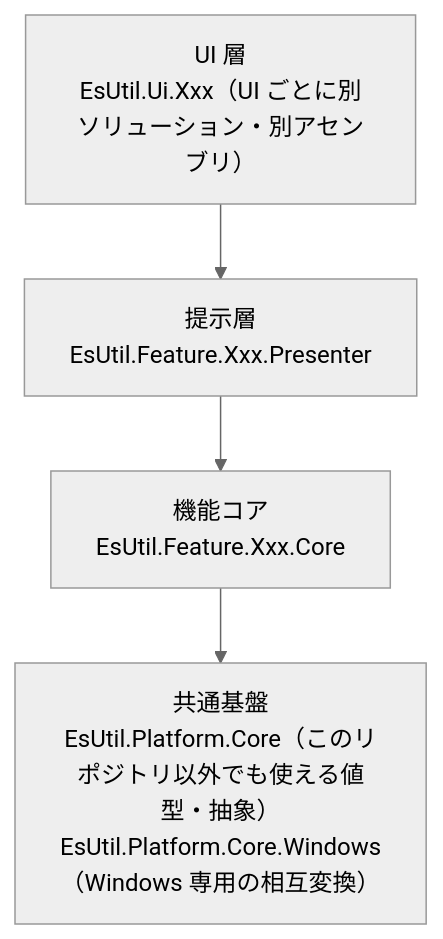
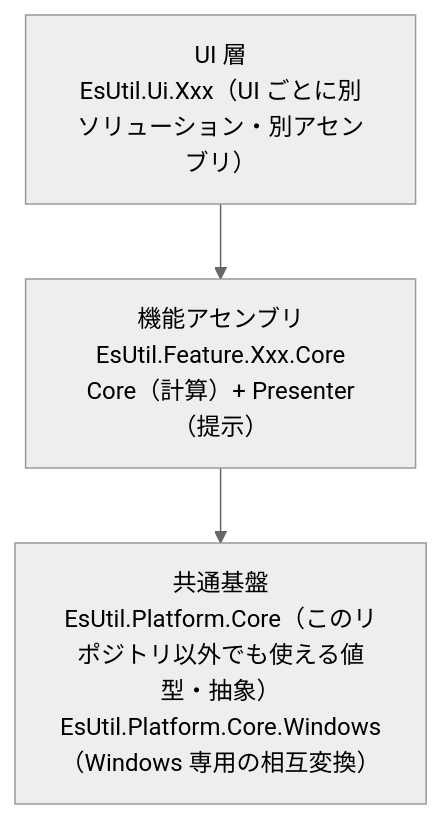
Before and after one commit to tomokuni/EsUtil: the first of 2 diagrams in EsUtil/README.md, drawn with Mermaid (neutral theme). The commit also changed other lines of this file and 296 other files, not shown here.

````diff
--- a/EsUtil/README.md
+++ b/EsUtil/README.md
@@ -8,10 +8,8 @@
 ```mermaid
 flowchart TB
     CTRL["UI 層<br/>EsUtil.Ui.Xxx（UI ごとに別ソリューション・別アセンブリ）"]
-    UB["提示層<br/>EsUtil.Feature.Xxx.Presenter"]
-    CORE["機能コア<br/>EsUtil.Feature.Xxx.Core"]
+    FEATURE["機能アセンブリ<br/>EsUtil.Feature.Xxx.Core<br/>Core（計算）+ Presenter（提示）"]
     PLAT["共通基盤<br/>EsUtil.Platform.Core（このリポジトリ以外でも使える値型・抽象）<br/>EsUtil.Platform.Core.Windows（Windows 専用の相互変換）"]
-    CTRL --> UB
-    UB --> CORE
-    CORE --> PLAT
+    CTRL --> FEATURE
+    FEATURE --> PLAT
 ```
````
